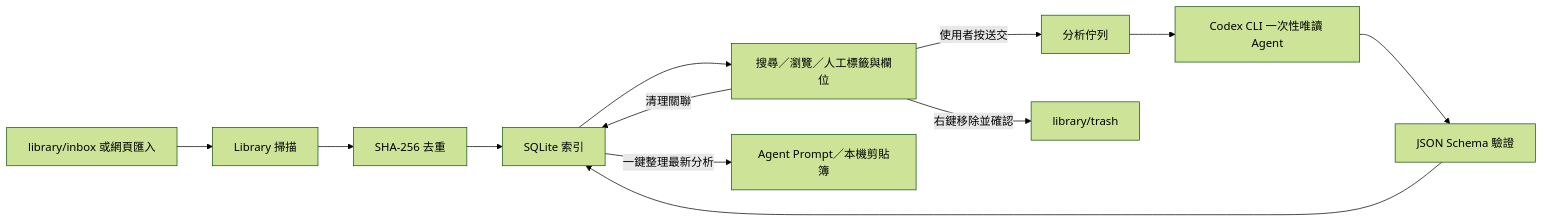
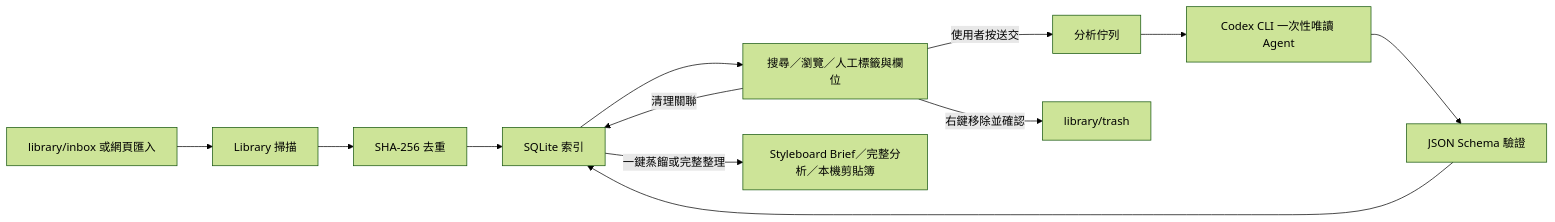
The diagram in docs/architecture.md (OllieHu12304/stylebase), drawn with Mermaid (forest theme) before and after one commit. The commit also changed other lines of this file and 8 other files, not shown here.

Commit message:
Add distilled Styleboard Brief export

````diff
--- a/docs/architecture.md
+++ b/docs/architecture.md
@@ -17,14 +17,14 @@
 ```mermaid
 flowchart LR
     A["library/inbox 或網頁匯入"] --> B["Library 掃描"]
     B --> C["SHA-256 去重"]
     C --> D["SQLite 索引"]
     D --> E["搜尋／瀏覽／人工標籤與欄位"]
     E -->|使用者按送交| F["分析佇列"]
     F --> G["Codex CLI 一次性唯讀 Agent"]
     G --> H["JSON Schema 驗證"]
     H --> D
     E -->|右鍵移除並確認| I["library/trash"]
     E -->|清理關聯| D
-    D -->|一鍵整理最新分析| J["Agent Prompt／本機剪貼簿"]
+    D -->|一鍵蒸餾或完整整理| J["Styleboard Brief／完整分析／本機剪貼簿"]
 ```
````
